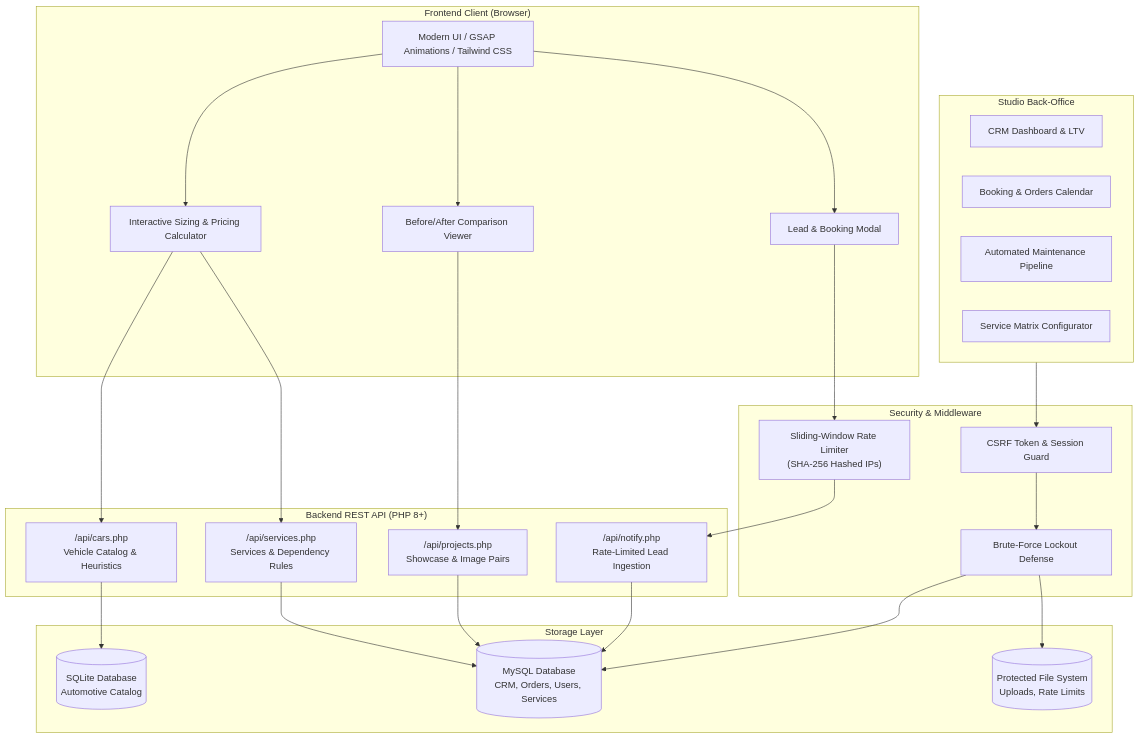
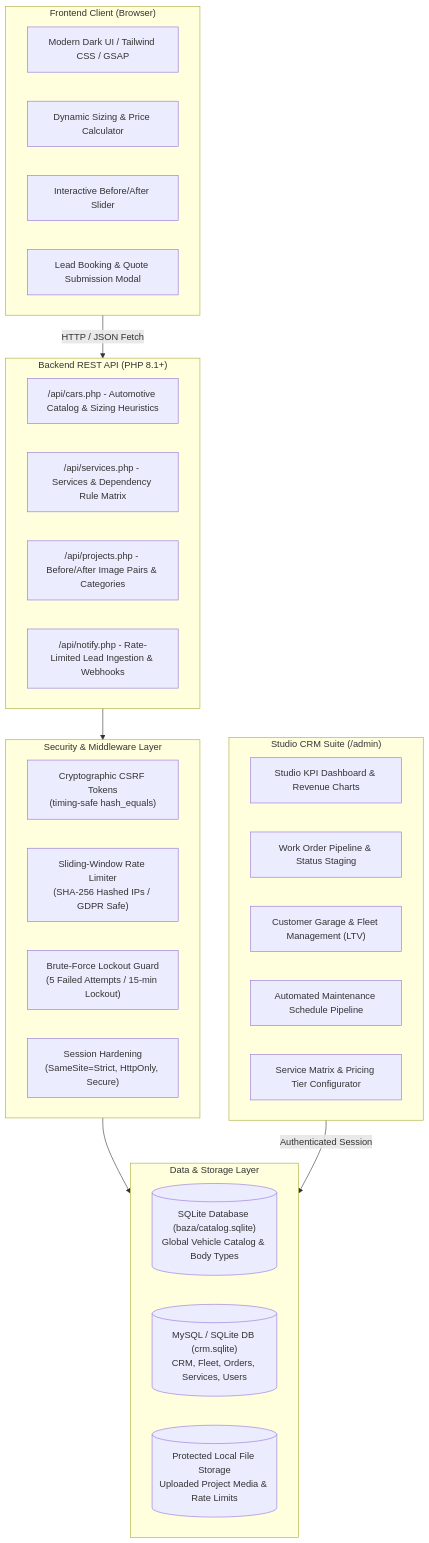
One commit to verblo/clean-n-ride-showcase changed the diagram in README.md. Above: the diagram before and after it, drawn with Mermaid. The commit also changed other lines of this file and 16 other files, not shown here.

````diff
--- a/README.md
+++ b/README.md
@@ -86,45 +122,49 @@
 ```mermaid
 flowchart TD
     subgraph Client["Frontend Client (Browser)"]
-        UI["Modern UI / GSAP Animations / Tailwind CSS"]
-        CALC["Interactive Sizing & Pricing Calculator"]
-        GALLERY["Before/After Comparison Viewer"]
-        LEAD["Lead & Booking Modal"]
+        UI["Modern Dark UI / Tailwind CSS / GSAP"]
+        CALC["Dynamic Sizing & Price Calculator"]
+        SLIDER["Interactive Before/After Slider"]
+        MODAL["Lead Booking & Quote Submission Modal"]
     end
 
-    subgraph Endpoints["Backend REST API (PHP 8+)"]
-        API_CARS["/api/cars.php\nVehicle Catalog & Heuristics"]
-        API_SERVICES["/api/services.php\nServices & Dependency Rules"]
-        API_PROJECTS["/api/projects.php\nShowcase & Image Pairs"]
-        API_NOTIFY["/api/notify.php\nRate-Limited Lead Ingestion"]
+    subgraph API["Backend REST API (PHP 8.1+)"]
+        API_CARS["/api/cars.php - Automotive Catalog & Sizing Heuristics"]
+        API_SERV["/api/services.php - Services & Dependency Rule Matrix"]
+        API_PROJ["/api/projects.php - Before/After Image Pairs & Categories"]
+        API_LEAD["/api/notify.php - Rate-Limited Lead Ingestion & Webhooks"]
     end
 
-    subgraph Security["Security & Middleware"]
-        SEC_RATE["Sliding-Window Rate Limiter\n(SHA-256 Hashed IPs)"]
-        SEC_AUTH["CSRF Token & Session Guard"]
-        SEC_BRUTE["Brute-Force Lockout Defense"]
+    subgraph Security["Security & Middleware Layer"]
+        SEC_CSRF["Cryptographic CSRF Tokens
+(timing-safe hash_equals)"]
+        SEC_RATE["Sliding-Window Rate Limiter
+(SHA-256 Hashed IPs / GDPR Safe)"]
+        SEC_LOCK["Brute-Force Lockout Guard
+(5 Failed Attempts / 15-min Lockout)"]
+        SEC_SESS["Session Hardening
+(SameSite=Strict, HttpOnly, Secure)"]
     end
 
-    subgraph Storage["Storage Layer"]
-        SQLITE[("SQLite Database\nAutomotive Catalog")]
-        MYSQL[("MySQL Database\nCRM, Orders, Users, Services")]
-        FS[("Protected File System\nUploads, Rate Limits")]
+    subgraph Storage["Data & Storage Layer"]
+        SQLITE[("SQLite Database (baza/catalog.sqlite)
+Global Vehicle Catalog & Body Types")]
+        MYSQL[("MySQL / SQLite DB (crm.sqlite)
+CRM, Fleet, Orders, Services, Users")]
+        FS[("Protected Local File Storage
+Uploaded Project Media & Rate Limits")]
     end
 
-    subgraph Admin["Studio Back-Office"]
-        DASH["CRM Dashboard & LTV"]
-        CALENDAR["Booking & Orders Calendar"]
-        REMINDERS["Automated Maintenance Pipeline"]
-        PRICING_MGR["Service Matrix Configurator"]
+    subgraph Admin["Studio CRM Suite (/admin)"]
+        DASH["Studio KPI Dashboard & Revenue Charts"]
+        ORDERS["Work Order Pipeline & Status Staging"]
+        FLEET["Customer Garage & Fleet Management (LTV)"]
+        REMINDERS["Automated Maintenance Schedule Pipeline"]
+        MATRIX["Service Matrix & Pricing Tier Configurator"]
     end
 
-    UI --> CALC & GALLERY & LEAD
-    CALC --> API_CARS & API_SERVICES
-    GALLERY --> API_PROJECTS
-    LEAD --> SEC_RATE --> API_NOTIFY
-    
-    API_CARS --> SQLITE
-    API_SERVICES & API_PROJECTS & API_NOTIFY --> MYSQL
-
-    Admin --> SEC_AUTH --> SEC_BRUTE --> MYSQL & FS
+    Client -->|HTTP / JSON Fetch| API
+    API --> Security
+    Security --> Storage
+    Admin -->|Authenticated Session| Storage
 ```
````
